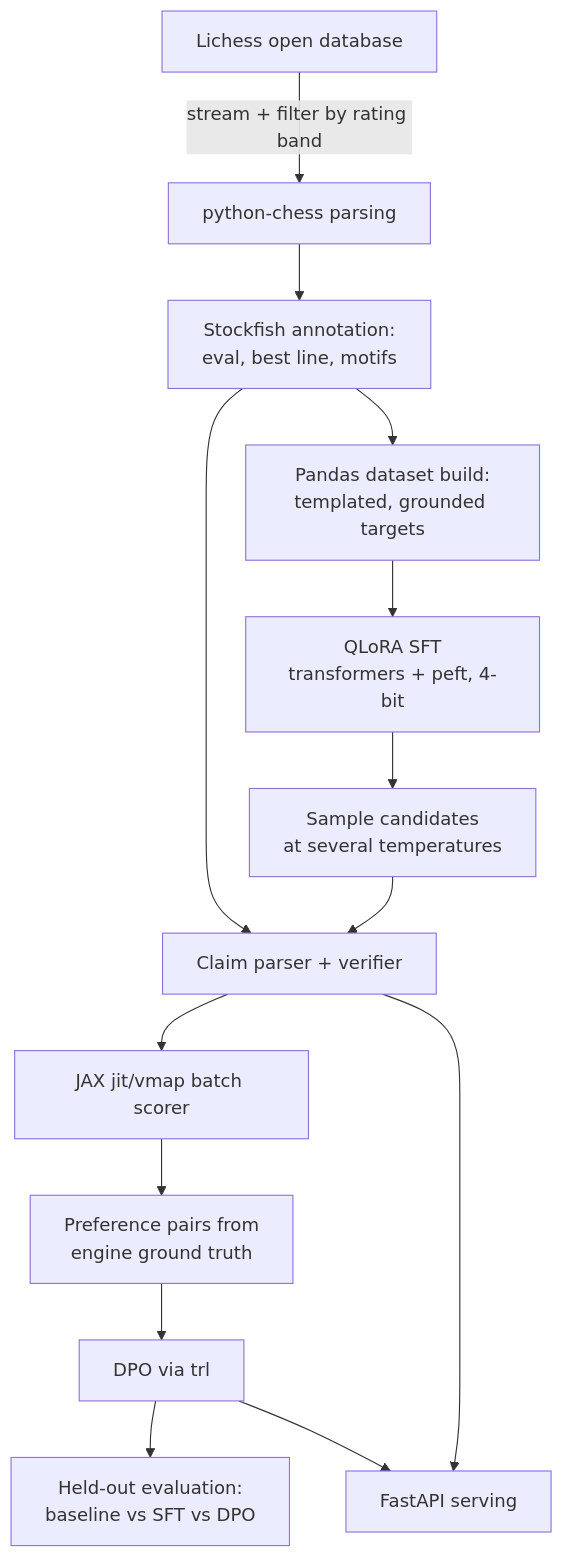
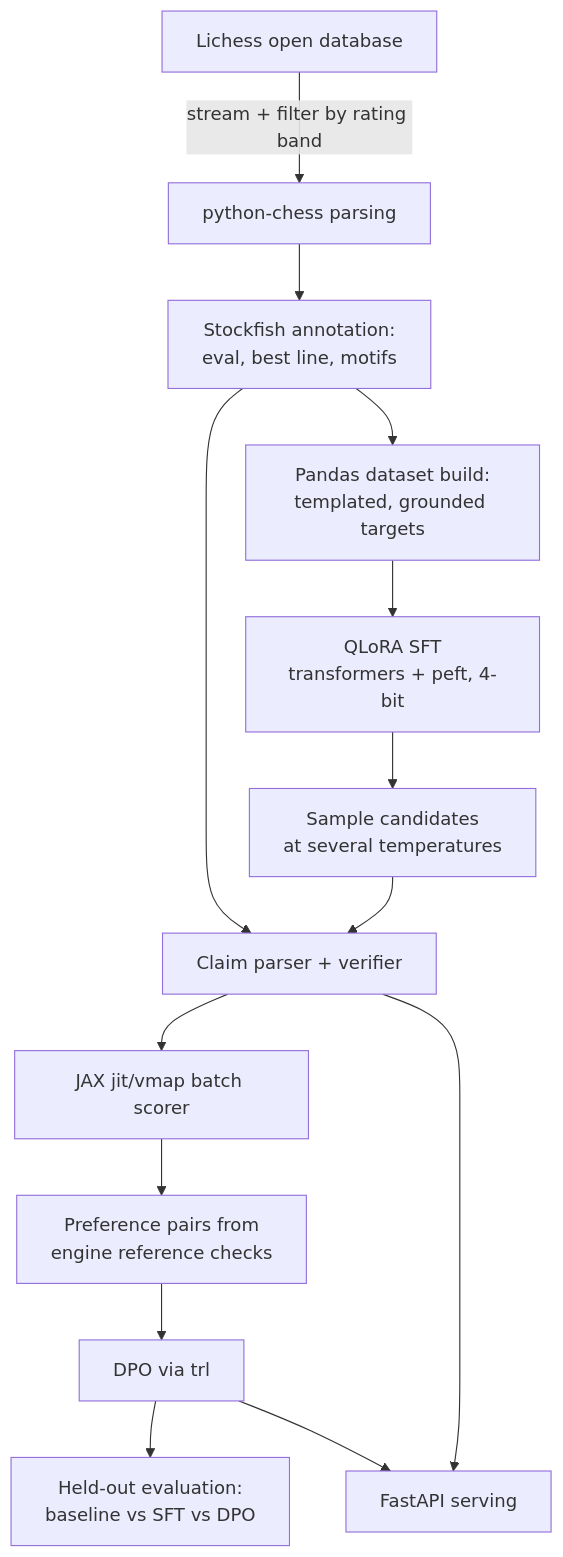
Before and after one commit to ariyan-tipu/opening-theory-engine: the diagram in README.md, drawn with Mermaid. The commit also changed other lines of this file, not shown here.

````diff
--- a/README.md
+++ b/README.md
@@ -24,16 +36,16 @@
 ```mermaid
 flowchart TD
     A[Lichess open database] -->|stream + filter by rating band| B[python-chess parsing]
     B --> C[Stockfish annotation:\neval, best line, motifs]
     C --> D[Pandas dataset build:\ntemplated, grounded targets]
     D --> E[QLoRA SFT\ntransformers + peft, 4-bit]
     E --> F[Sample candidates\nat several temperatures]
     C --> G[Claim parser + verifier]
     F --> G
     G --> H[JAX jit/vmap batch scorer]
-    H --> I[Preference pairs from\nengine ground truth]
+    H --> I[Preference pairs from\nengine reference checks]
     I --> J[DPO via trl]
     J --> K[Held-out evaluation:\nbaseline vs SFT vs DPO]
     J --> L[FastAPI serving]
     G --> L
 ```
````
